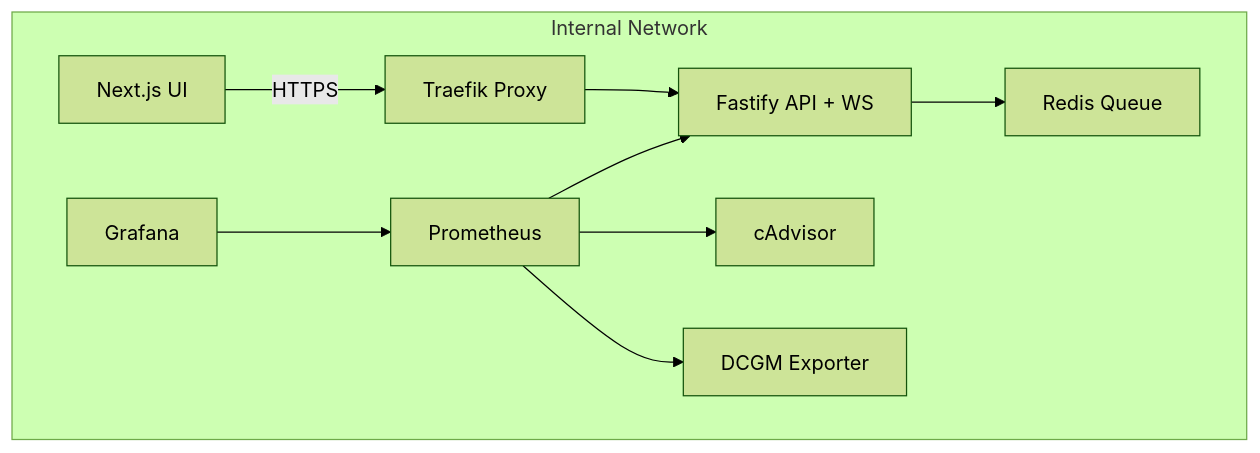
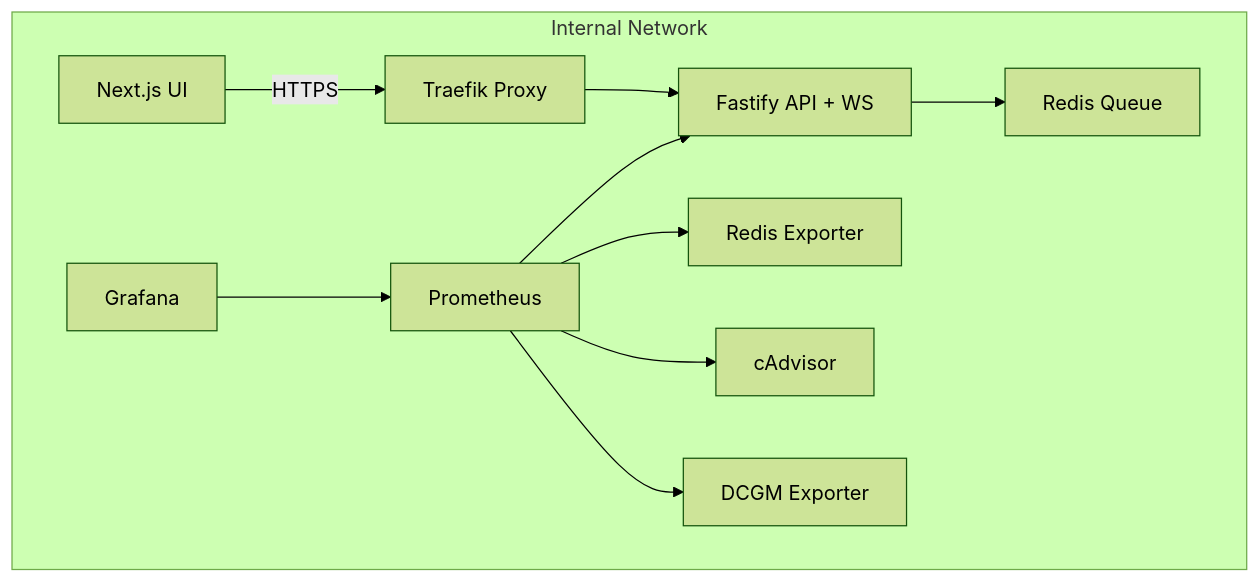
One commit to ktzevani/myspinbot changed the diagram in docs/phase1/container_infrastructure.md. Above: the diagram before and after it, drawn with Mermaid (forest theme). The commit also changed other lines of this file and 3 other files, not shown here.

````diff
--- a/docs/phase1/container_infrastructure.md
+++ b/docs/phase1/container_infrastructure.md
@@ -75,21 +89,23 @@
 ```mermaid
 graph TD
     subgraph Internal Network
       traefik[Traefik Proxy]
       api[Fastify API + WS]
       ui[Next.js UI]
       redis[Redis Queue]
+      redis_exporter[Redis Exporter]
       prometheus[Prometheus]
       grafana[Grafana]
       cadvisor[cAdvisor]
       dcgm[DCGM Exporter]
     end
 
     ui -->|HTTPS| traefik
     traefik --> api
     api --> redis
     prometheus --> api
+    prometheus --> redis_exporter
     prometheus --> cadvisor
     prometheus --> dcgm
     grafana --> prometheus
 ```
````
